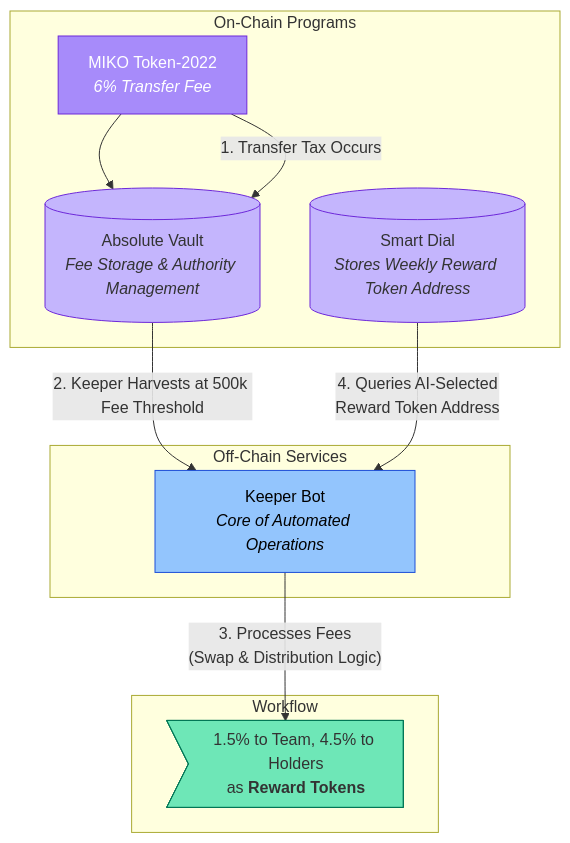
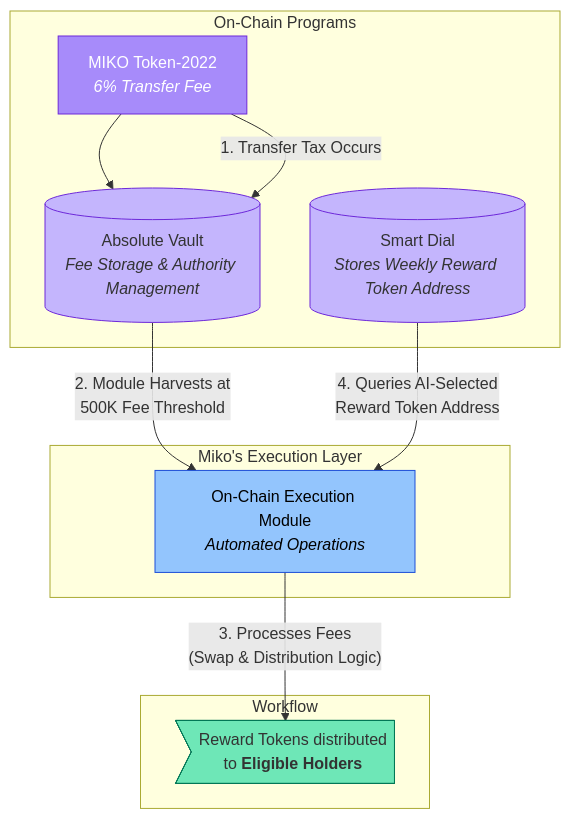
The first of 2 diagrams in docs/technical-architecture/smart-contracts.md (Miko-Protocol/docs), drawn with Mermaid before and after one commit. The commit also changed other lines of this file and 13 other files, not shown here.

````diff
--- a/docs/technical-architecture/smart-contracts.md
+++ b/docs/technical-architecture/smart-contracts.md
@@ -9,23 +9,23 @@
 ```mermaid
 graph TD
     subgraph "On-Chain Programs"
         A["MIKO Token-2022<br><i>6% Transfer Fee</i>"] --> B
         B[("Absolute Vault<br><i>Fee Storage & Authority Management</i>")]
         C[("Smart Dial<br><i>Stores Weekly Reward Token Address</i>")]
     end
-    subgraph "Off-Chain Services"
-        D["Keeper Bot<br><i>Core of Automated Operations</i>"]
+    subgraph "Miko's Execution Layer"
+        D["On-Chain Execution Module<br><i>Automated Operations</i>"]
     end
     subgraph "Workflow"
         A -- "1#46; Transfer Tax Occurs" --> B
-        B -- "2#46; Keeper Harvests at 500k Fee Threshold" --> D
+        B -- "2#46; Module Harvests at<br>500K Fee Threshold" --> D
         C -- "4#46; Queries AI-Selected<br>Reward Token Address" --> D
         D -- "3#46; Processes Fees<br>(Swap & Distribution Logic)" --> E
-        E>"1.5% to Team, 4.5% to Holders<br>as <b>Reward Tokens</b>"]
+        E>"Reward Tokens distributed<br>to <b>Eligible Holders</b>"]
     end
     style A fill:#a78bfa,stroke:#6d28d9,color:#fff
     style B fill:#c4b5fd,stroke:#6d28d9
     style C fill:#c4b5fd,stroke:#6d28d9
     style D fill:#93c5fd,stroke:#1d4ed8,color:#000
     style E fill:#6ee7b7,stroke:#047857
 ```
````
